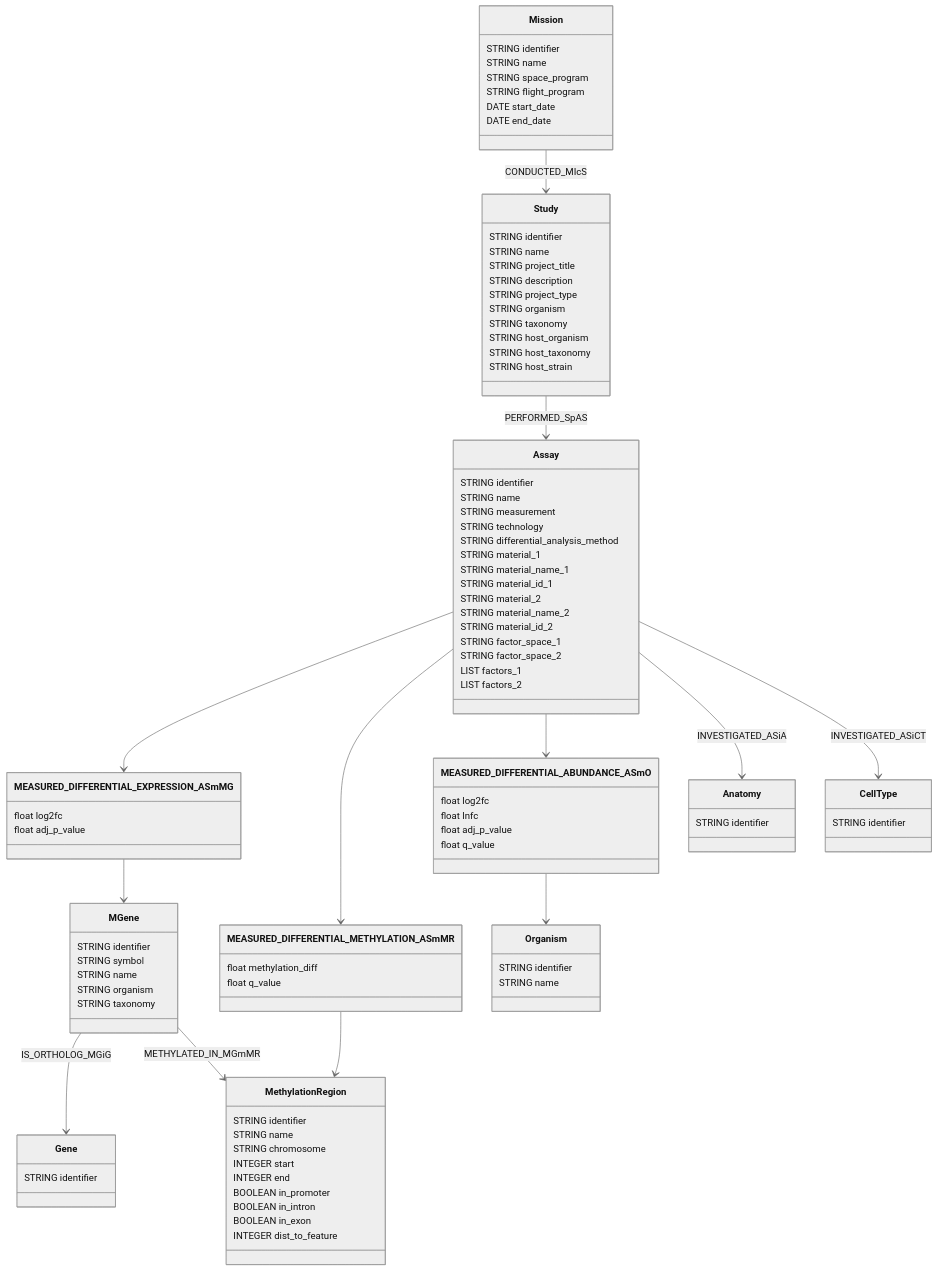
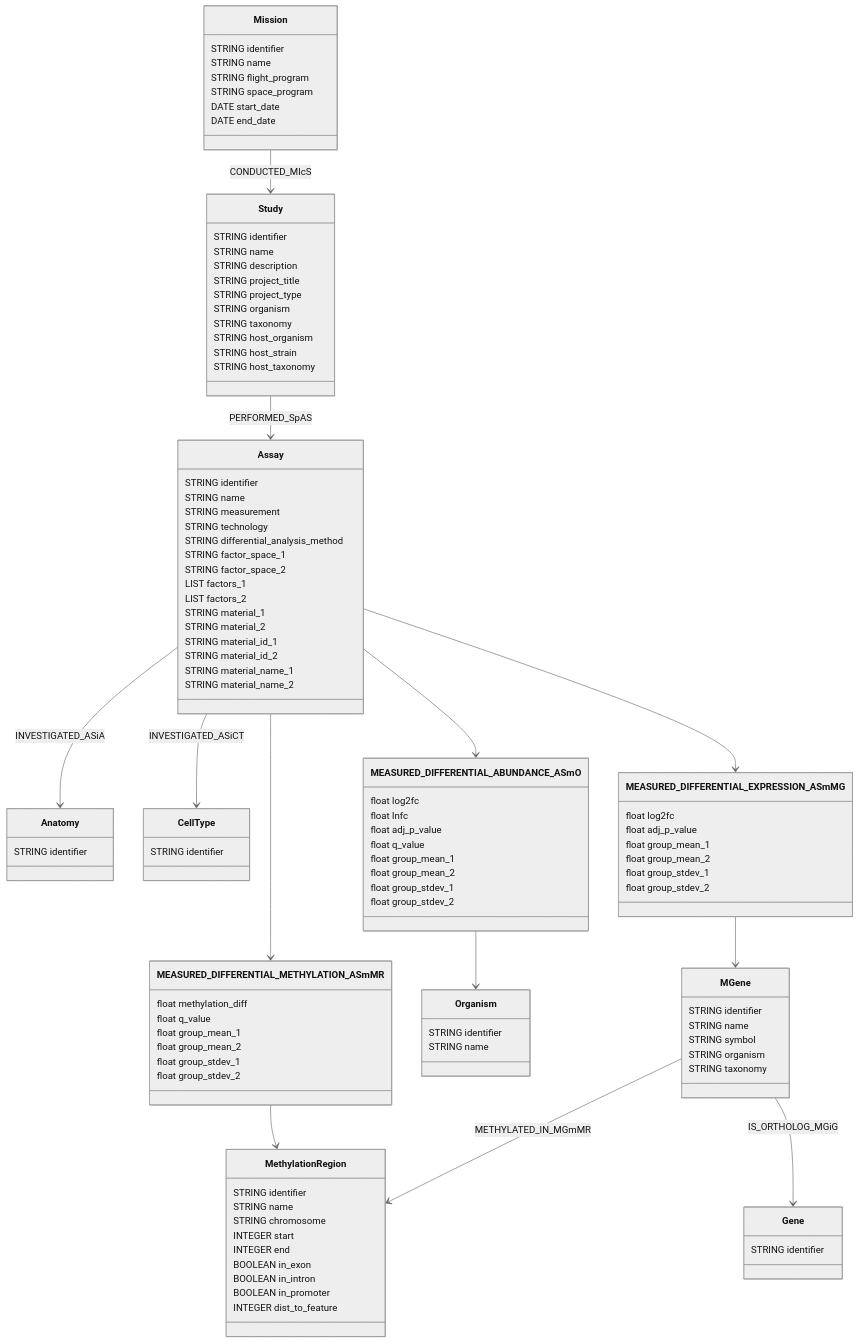
Before and after one commit to asaravia-butler/spoke_genelab: the diagram in README.md, drawn with Mermaid (neutral theme). The commit also changed other lines of this file and 40 other files, not shown here.

Commit message:
upgraded to version v0.3.0: added amplicon data, group mean, std

````diff
--- a/README.md
+++ b/README.md
@@ -61,8 +61,8 @@
 class Mission {
     STRING identifier
     STRING name
+    STRING flight_program
     STRING space_program
-    STRING flight_program
     DATE start_date
     DATE end_date
 }
@@ -70,14 +70,14 @@
 class Study {
     STRING identifier
     STRING name
+    STRING description
     STRING project_title
-    STRING description
     STRING project_type
     STRING organism
     STRING taxonomy
     STRING host_organism
+    STRING host_strain
     STRING host_taxonomy
-    STRING host_strain
 }
 
 class Assay {
@@ -86,22 +86,22 @@
     STRING measurement
     STRING technology
     STRING differential_analysis_method
-    STRING material_1
-    STRING material_name_1
-    STRING material_id_1
-    STRING material_2
-    STRING material_name_2
-    STRING material_id_2
     STRING factor_space_1
     STRING factor_space_2
     LIST factors_1
     LIST factors_2
+    STRING material_1
+    STRING material_2
+    STRING material_id_1
+    STRING material_id_2
+    STRING material_name_1
+    STRING material_name_2
 }
 
 class MGene {
     STRING identifier
+    STRING name
     STRING symbol
-    STRING name
     STRING organism
     STRING taxonomy
 }
@@ -116,15 +116,10 @@
     STRING chromosome
     INTEGER start
     INTEGER end
+    BOOLEAN in_exon
+    BOOLEAN in_intron
     BOOLEAN in_promoter
-    BOOLEAN in_intron
-    BOOLEAN in_exon
     INTEGER dist_to_feature
-}
-
-class Organism {
-    STRING identifier
-    STRING name
 }
 
 class Anatomy {
@@ -135,14 +130,27 @@
     STRING identifier
 }
 
+class Organism {
+    STRING identifier
+    STRING name
+}
+
 class MEASURED_DIFFERENTIAL_EXPRESSION_ASmMG {
     float log2fc
     float adj_p_value
+    float group_mean_1
+    float group_mean_2
+    float group_stdev_1
+    float group_stdev_2
 }
 
 class MEASURED_DIFFERENTIAL_METHYLATION_ASmMR {
     float methylation_diff
     float q_value
+    float group_mean_1
+    float group_mean_2
+    float group_stdev_1
+    float group_stdev_2
 }
 
 class MEASURED_DIFFERENTIAL_ABUNDANCE_ASmO {
@@ -150,6 +158,10 @@
     float lnfc
     float adj_p_value
     float q_value
+    float group_mean_1
+    float group_mean_2
+    float group_stdev_1
+    float group_stdev_2
 }
 
 Mission --> Study : CONDUCTED_MIcS
@@ -162,6 +174,6 @@
 MEASURED_DIFFERENTIAL_ABUNDANCE_ASmO --> Organism
 Assay --> Anatomy : INVESTIGATED_ASiA
 Assay --> CellType : INVESTIGATED_ASiCT
+MGene --> MethylationRegion : METHYLATED_IN_MGmMR
 MGene --> Gene : IS_ORTHOLOG_MGiG
-MGene --> MethylationRegion : METHYLATED_IN_MGmMR
 ```
````
